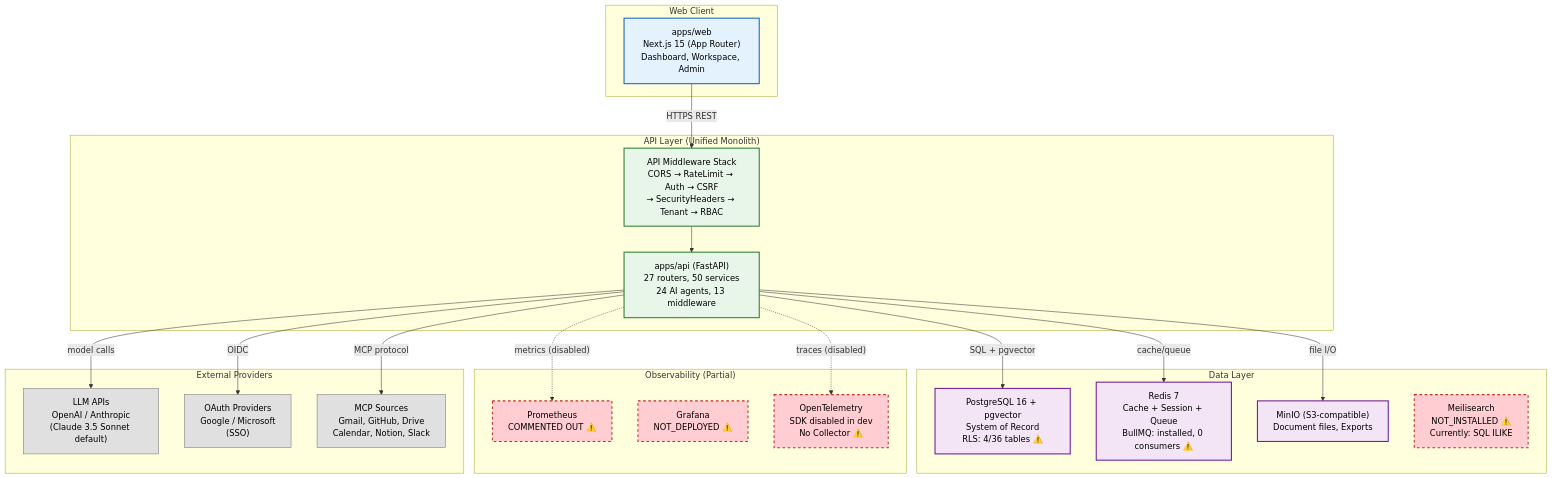
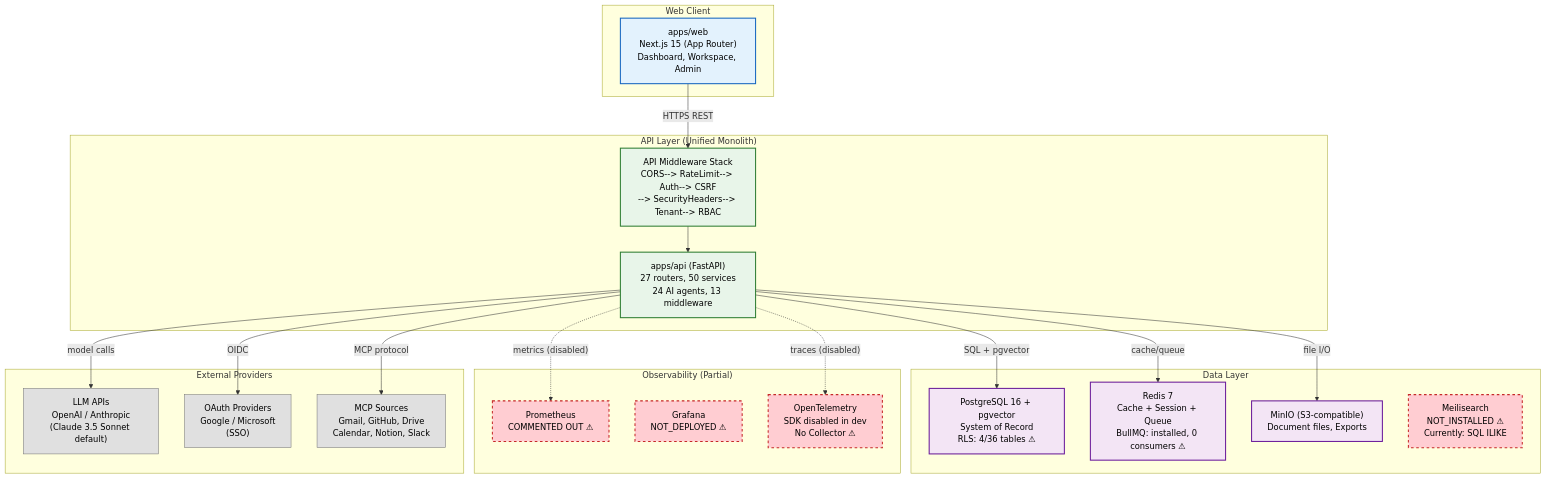
One commit to Driftloom/Vaeloom changed the second of 5 diagrams in docs/architecture/C4-Architecture.md. Above: the diagram before and after it, drawn with Mermaid. The commit also changed other lines of this file and 694 other files, not shown here.

First line of the commit message:
docs: mermaid standardization — encoding/mermaid/duplicate cleanup

````diff
--- a/docs/architecture/C4-Architecture.md
+++ b/docs/architecture/C4-Architecture.md
@@ -115,48 +115,48 @@
 ```mermaid
 graph TB
-    classDef frontend fill:#e3f2fd,stroke:#1565c0,color:#000,stroke-width:2px
-    classDef api fill:#e8f5e9,stroke:#2e7d32,color:#000,stroke-width:2px
-    classDef ai fill:#fff3e0,stroke:#e65100,color:#000,stroke-width:2px
-    classDef data fill:#f3e5f5,stroke:#6a1b9a,color:#000,stroke-width:2px
-    classDef infra fill:#fce4ec,stroke:#c62828,color:#000,stroke-width:2px
-    classDef external fill:#e0e0e0,stroke:#757575,color:#000,stroke-width:1px
-    classDef gap fill:#ffcdd2,stroke:#c62828,color:#000,stroke-width:2px,stroke-dasharray: 5 5
+ classDef frontend fill:#e3f2fd,stroke:#1565c0,color:#000,stroke-width:2px
+ classDef api fill:#e8f5e9,stroke:#2e7d32,color:#000,stroke-width:2px
+ classDef ai fill:#fff3e0,stroke:#e65100,color:#000,stroke-width:2px
+ classDef data fill:#f3e5f5,stroke:#6a1b9a,color:#000,stroke-width:2px
+ classDef infra fill:#fce4ec,stroke:#c62828,color:#000,stroke-width:2px
+ classDef external fill:#e0e0e0,stroke:#757575,color:#000,stroke-width:1px
+ classDef gap fill:#ffcdd2,stroke:#c62828,color:#000,stroke-width:2px,stroke-dasharray: 5 5
 
-    subgraph Web["Web Client"]
-        APP["apps/web<br/>Next.js 15 (App Router)<br/>Dashboard, Workspace, Admin"]:::frontend
-    end
+ subgraph Web["Web Client"]
+ APP["apps/web<br/>Next.js 15 (App Router)<br/>Dashboard, Workspace, Admin"]:::frontend
+ end
 
-    subgraph API["API Layer (Unified Monolith)"]
-        GW["API Middleware Stack<br/>CORS → RateLimit → Auth → CSRF<br/>→ SecurityHeaders → Tenant → RBAC"]:::api
-        APISRV["apps/api (FastAPI)<br/>27 routers, 50 services<br/>24 AI agents, 13 middleware"]:::api
-    end
+ subgraph API["API Layer (Unified Monolith)"]
+ GW["API Middleware Stack<br/>CORS--> RateLimit--> Auth--> CSRF<br/>--> SecurityHeaders--> Tenant--> RBAC"]:::api
+ APISRV["apps/api (FastAPI)<br/>27 routers, 50 services<br/>24 AI agents, 13 middleware"]:::api
+ end
 
-    subgraph Data["Data Layer"]
-        PG["PostgreSQL 16 + pgvector<br/>System of Record<br/>RLS: 4/36 tables ⚠️"]:::data
-        REDIS["Redis 7<br/>Cache + Session + Queue<br/>BullMQ: installed, 0 consumers ⚠️"]:::data
-        S3["MinIO (S3-compatible)<br/>Document files, Exports"]:::data
-        MEILI["Meilisearch<br/>NOT_INSTALLED ⚠️<br/>Currently: SQL ILIKE"]:::gap
-    end
+ subgraph Data["Data Layer"]
+ PG["PostgreSQL 16 + pgvector<br/>System of Record<br/>RLS: 4/36 tables ⚠"]:::data
+ REDIS["Redis 7<br/>Cache + Session + Queue<br/>BullMQ: installed, 0 consumers ⚠"]:::data
+ S3["MinIO (S3-compatible)<br/>Document files, Exports"]:::data
+ MEILI["Meilisearch<br/>NOT_INSTALLED ⚠<br/>Currently: SQL ILIKE"]:::gap
+ end
 
-    subgraph Observability["Observability (Partial)"]
-        PROM["Prometheus<br/>COMMENTED OUT ⚠️"]:::gap
-        GRAFANA["Grafana<br/>NOT_DEPLOYED ⚠️"]:::gap
-        OTEL["OpenTelemetry<br/>SDK disabled in dev<br/>No Collector ⚠️"]:::gap
-    end
+ subgraph Observability["Observability (Partial)"]
+ PROM["Prometheus<br/>COMMENTED OUT ⚠"]:::gap
+ GRAFANA["Grafana<br/>NOT_DEPLOYED ⚠"]:::gap
+ OTEL["OpenTelemetry<br/>SDK disabled in dev<br/>No Collector ⚠"]:::gap
+ end
 
-    subgraph External["External Providers"]
-        LLM["LLM APIs<br/>OpenAI / Anthropic<br/>(Claude 3.5 Sonnet default)"]:::external
-        OAUTH["OAuth Providers<br/>Google / Microsoft<br/>(SSO)"]:::external
-        MCP_S["MCP Sources<br/>Gmail, GitHub, Drive<br/>Calendar, Notion, Slack"]:::external
-    end
+ subgraph External["External Providers"]
+ LLM["LLM APIs<br/>OpenAI / Anthropic<br/>(Claude 3.5 Sonnet default)"]:::external
+ OAUTH["OAuth Providers<br/>Google / Microsoft<br/>(SSO)"]:::external
+ MCP_S["MCP Sources<br/>Gmail, GitHub, Drive<br/>Calendar, Notion, Slack"]:::external
+ end
 
-    APP -->|"HTTPS REST"| GW --> APISRV
-    APISRV -->|"SQL + pgvector"| PG
-    APISRV -->|"cache/queue"| REDIS
-    APISRV -->|"file I/O"| S3
-    APISRV -->|"model calls"| LLM
-    APISRV -->|"OIDC"| OAUTH
-    APISRV -->|"MCP protocol"| MCP_S
-    APISRV -.->|"metrics (disabled)"| PROM
-    APISRV -.->|"traces (disabled)"| OTEL
+ APP-->|"HTTPS REST"| GW--> APISRV
+ APISRV-->|"SQL + pgvector"| PG
+ APISRV-->|"cache/queue"| REDIS
+ APISRV-->|"file I/O"| S3
+ APISRV-->|"model calls"| LLM
+ APISRV-->|"OIDC"| OAUTH
+ APISRV-->|"MCP protocol"| MCP_S
+ APISRV -.->|"metrics (disabled)"| PROM
+ APISRV -.->|"traces (disabled)"| OTEL
 ```
````
